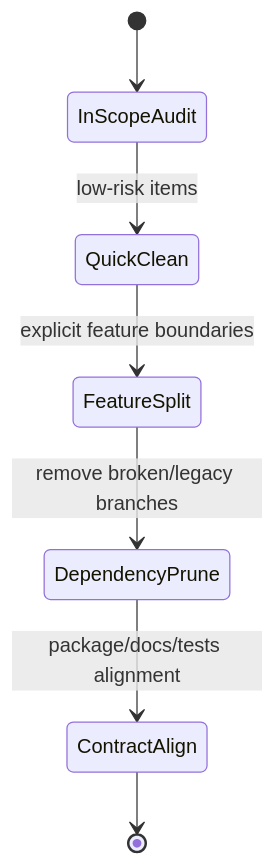
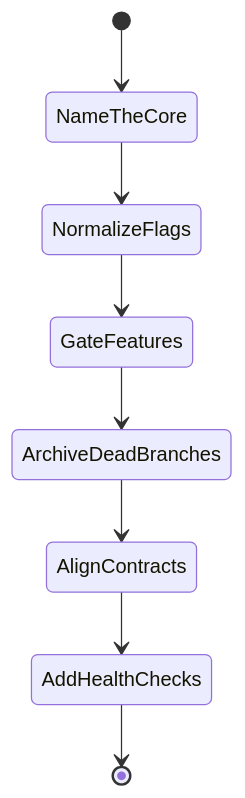
The diagram in docs/simplification.md (LVR-3/lvr3), drawn with Mermaid before and after one commit. The commit also changed other lines of this file and 4 other files, not shown here.

````diff
--- a/docs/simplification.md
+++ b/docs/simplification.md
@@ -38,9 +10,10 @@
 ```mermaid
 stateDiagram-v2
-    [*] --> InScopeAudit
-    InScopeAudit --> QuickClean : low-risk items
-    QuickClean --> FeatureSplit : explicit feature boundaries
-    FeatureSplit --> DependencyPrune : remove broken/legacy branches
-    DependencyPrune --> ContractAlign : package/docs/tests alignment
-    ContractAlign --> [*]
+    [*] --> NameTheCore
+    NameTheCore --> NormalizeFlags
+    NormalizeFlags --> GateFeatures
+    GateFeatures --> ArchiveDeadBranches
+    ArchiveDeadBranches --> AlignContracts
+    AlignContracts --> AddHealthChecks
+    AddHealthChecks --> [*]
 ```
````
